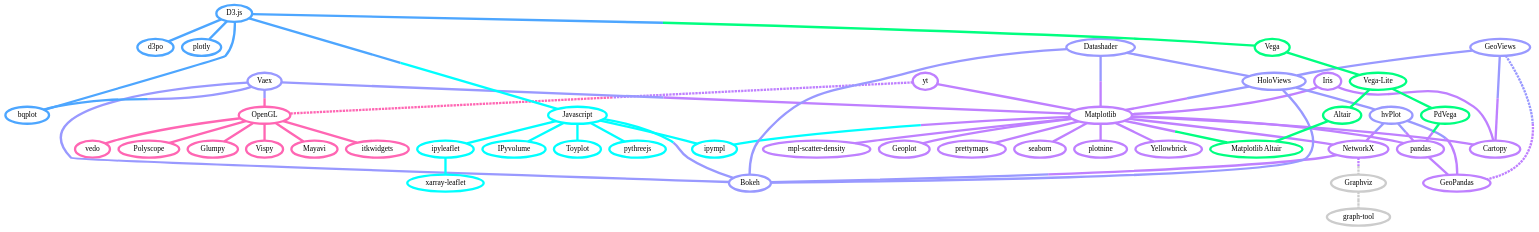
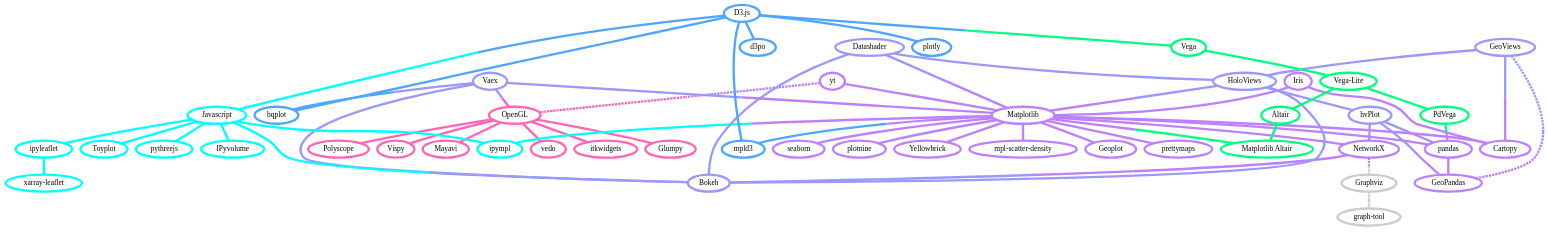
The diagram in docs/overview.rst (veit/pyviz-tutorial), drawn with Graphviz before and after one commit. The commit also changed other lines of this file, not shown here.

Commit message:
:memo: mpld3 wakes up again

```diff
--- a/docs/overview.rst
+++ b/docs/overview.rst
@@ -182,6 +182,7 @@
         iris -- cartopy [color="#BF80FF"]
         yt -- mpl [color="#BF80FF"]
         yt -- opengl [color="#BF80FF;0.5:#FF66B3", style="dashed"]
+        mpl -- mpld3 [color="#BF80FF;0.5:#4da6ff"]
         mpl -- ipympl [color="#BF80FF;0.5:#00FFFF"]
         mpl -- mpl_altair [color="#BF80FF;0.5:#00FF80"]
 
@@ -302,7 +303,14 @@
             color="#4da6ff",
             target="_top",
             href="https://github.com/plotly/plotly.py"]
+        mpld3 [
+            label="mpld3",
+            tooltip="Matplotlib für\nden Webbrowser",
+            color="#4da6ff",
+            target="_top",
+            href="https://mpld3.github.io/"]
         d3js -- bqplot [color="#4da6ff"]
+        d3js -- mpld3 [color="#4da6ff"]
         d3js -- plotly [color="#4da6ff"]
         d3js -- d3po [color="#4da6ff"]
         d3js -- vega [color="#4da6ff;0.5:#00FF80"]
```
